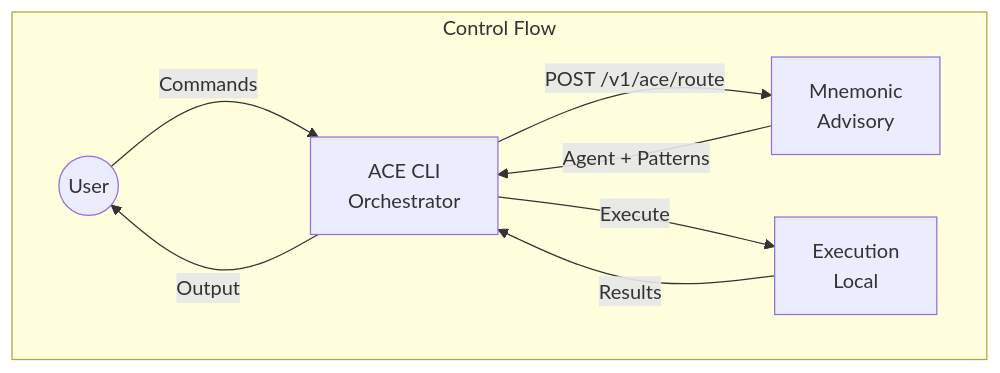
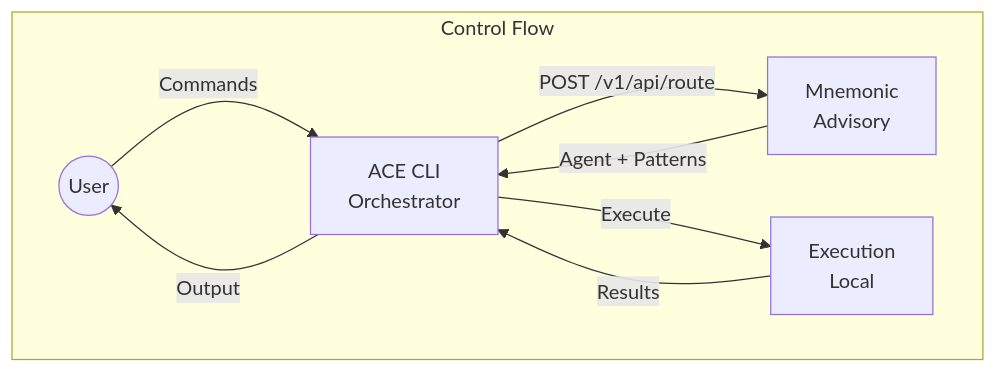
The fifth of 6 diagrams in docs/architecture/03-system-architecture.md (twistingmercury/mnemonic-mcp), drawn with Mermaid before and after one commit. The commit also changed other lines of this file and 10 other files, not shown here.

Commit message:
aligning design with architecture using rlm agent

````diff
--- a/docs/architecture/03-system-architecture.md
+++ b/docs/architecture/03-system-architecture.md
@@ -183,16 +189,16 @@
 ```mermaid
 graph TB
     subgraph "Control Flow"
         USER((User))
         CLI[ACE CLI<br/>Orchestrator]
         MN[Mnemonic<br/>Advisory]
         EXEC[Execution<br/>Local]
     end
 
     USER -->|"Commands"| CLI
-    CLI -->|"POST /v1/ace/route"| MN
+    CLI -->|"POST /v1/api/route"| MN
     MN -->|"Agent + Patterns"| CLI
     CLI -->|"Execute"| EXEC
     EXEC -->|"Results"| CLI
     CLI -->|"Output"| USER
 ```
````
